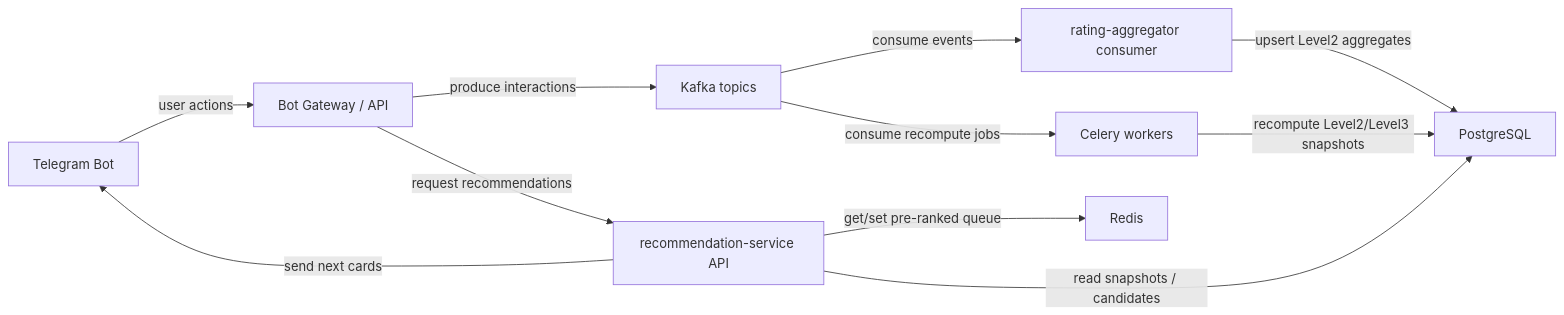
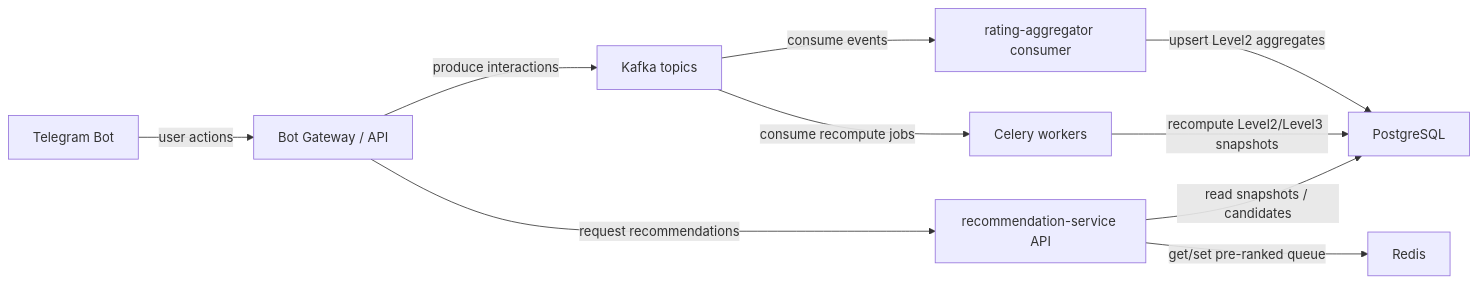
The diagram in README.md (D4non/K0709-23-3-Pisarev), drawn with Mermaid before and after one commit.

Commit message:
Change schema

````diff
--- a/README.md
+++ b/README.md
@@ -52,15 +52,14 @@
 ```mermaid
 flowchart LR
   TgBot["Telegram Bot"] -->|user actions| BotGateway["Bot Gateway / API"]
   BotGateway -->|produce interactions| Kafka["Kafka topics"]
   Kafka -->|consume events| RatingConsumer["rating-aggregator consumer"]
 
   RatingConsumer -->|upsert Level2 aggregates| Postgres["PostgreSQL"]
   Kafka -->|consume recompute jobs| CeleryWorkers["Celery workers"]
   CeleryWorkers -->|recompute Level2/Level3 snapshots| Postgres
 
   BotGateway -->|request recommendations| RecoAPI["recommendation-service API"]
   RecoAPI -->|read snapshots / candidates| Postgres
   RecoAPI -->|get/set pre-ranked queue| Redis["Redis"]
-  RecoAPI -->|send next cards| TgBot
 ```
````
